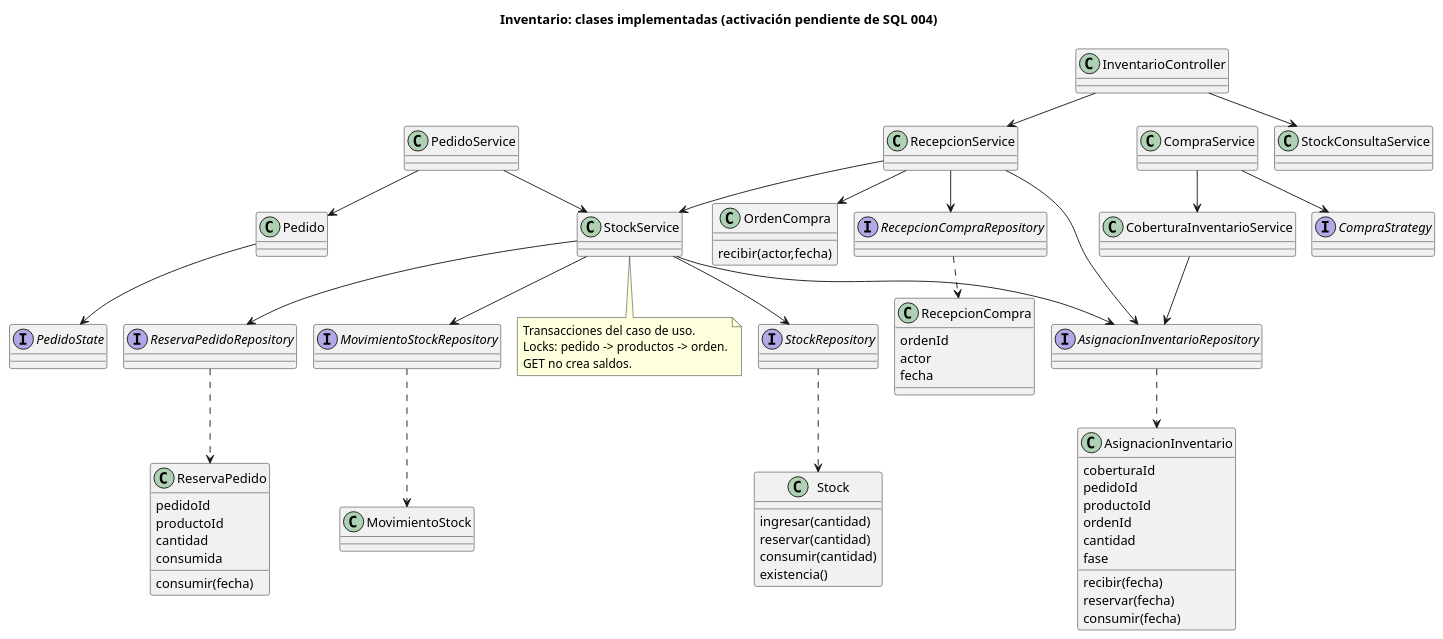
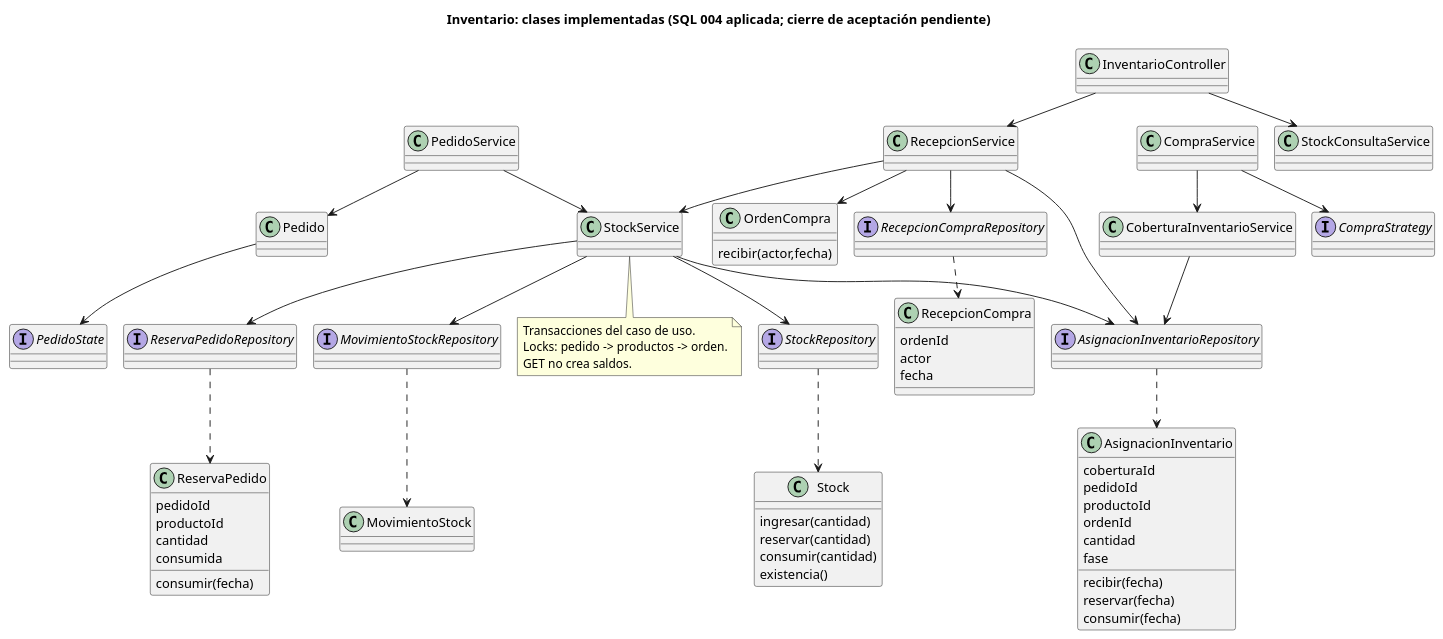
Before and after one commit to mcirielli/Proyecto-Comunitarias: the diagram in docs/diagramas/inventario-recepcion.puml, drawn with PlantUML. The commit also changed 7 other files, not shown here.

Commit message:
docs: verificar migracion aplicada y pendientes reales de inventario [skip render]

```diff
--- a/docs/diagramas/inventario-recepcion.puml
+++ b/docs/diagramas/inventario-recepcion.puml
@@ -1,79 +1,79 @@
 @startuml
 !pragma layout smetana
-title Inventario: clases implementadas (activación pendiente de SQL 004)
+title Inventario: clases implementadas (SQL 004 aplicada; cierre de aceptación pendiente)
 skinparam classAttributeIconSize 0
 class PedidoService
 class Pedido
 interface PedidoState
 class StockService
 class RecepcionService
 class CoberturaInventarioService
 class StockConsultaService
 class CompraService
 interface CompraStrategy
 class InventarioController
 class Stock {
  ingresar(cantidad)
  reservar(cantidad)
  consumir(cantidad)
  existencia()
 }
 class ReservaPedido {
  pedidoId
  productoId
  cantidad
  consumida
  consumir(fecha)
 }
 class AsignacionInventario {
  coberturaId
  pedidoId
  productoId
  ordenId
  cantidad
  fase
  recibir(fecha)
  reservar(fecha)
  consumir(fecha)
 }
 class MovimientoStock
 class OrdenCompra {
  recibir(actor,fecha)
 }
 class RecepcionCompra {
  ordenId
  actor
  fecha
 }
 interface StockRepository
 interface ReservaPedidoRepository
 interface AsignacionInventarioRepository
 interface MovimientoStockRepository
 interface RecepcionCompraRepository
 InventarioController --> StockConsultaService
 InventarioController --> RecepcionService
 PedidoService --> Pedido
 Pedido --> PedidoState
 PedidoService --> StockService
 CompraService --> CompraStrategy
 CompraService --> CoberturaInventarioService
 StockService --> StockRepository
 StockService --> ReservaPedidoRepository
 StockService --> MovimientoStockRepository
 StockService --> AsignacionInventarioRepository
 RecepcionService --> StockService
 RecepcionService --> OrdenCompra
 RecepcionService --> RecepcionCompraRepository
 RecepcionService --> AsignacionInventarioRepository
 CoberturaInventarioService --> AsignacionInventarioRepository
 StockRepository ..> Stock
 ReservaPedidoRepository ..> ReservaPedido
 AsignacionInventarioRepository ..> AsignacionInventario
 MovimientoStockRepository ..> MovimientoStock
 RecepcionCompraRepository ..> RecepcionCompra
 note bottom of StockService
  Transacciones del caso de uso.
  Locks: pedido -> productos -> orden.
  GET no crea saldos.
 end note
 @enduml
```
